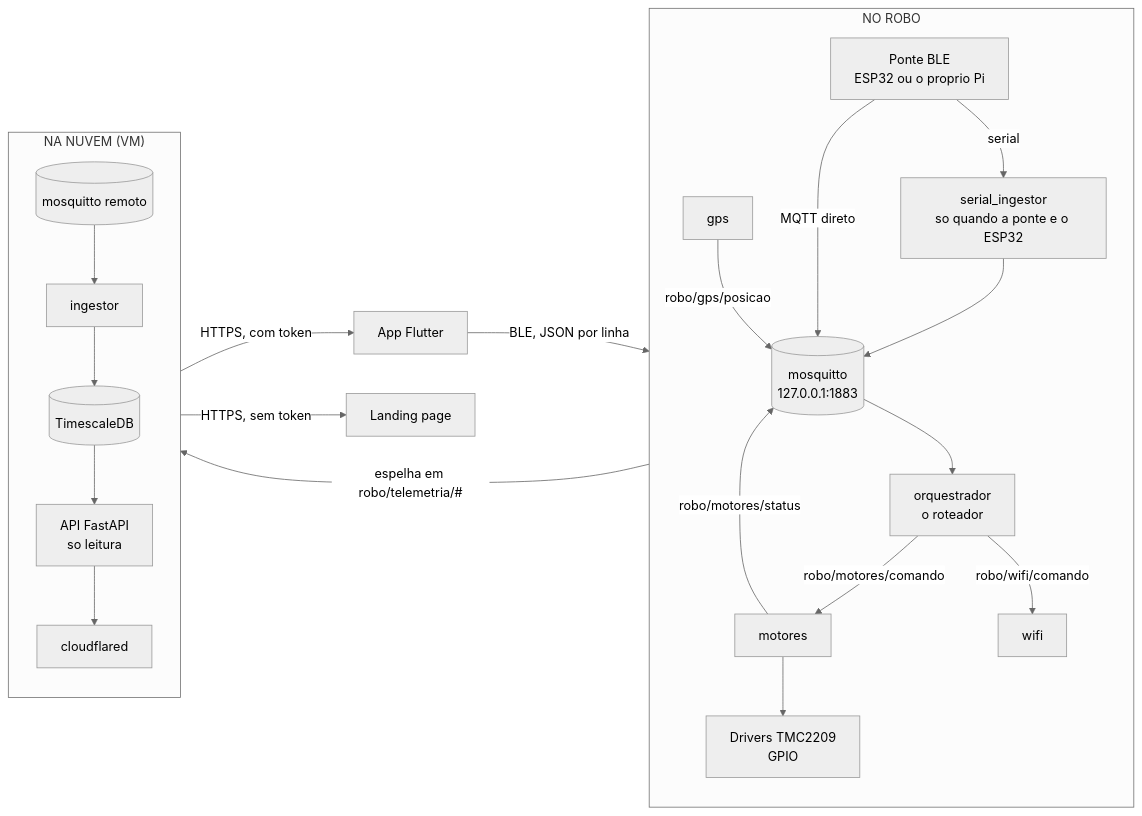
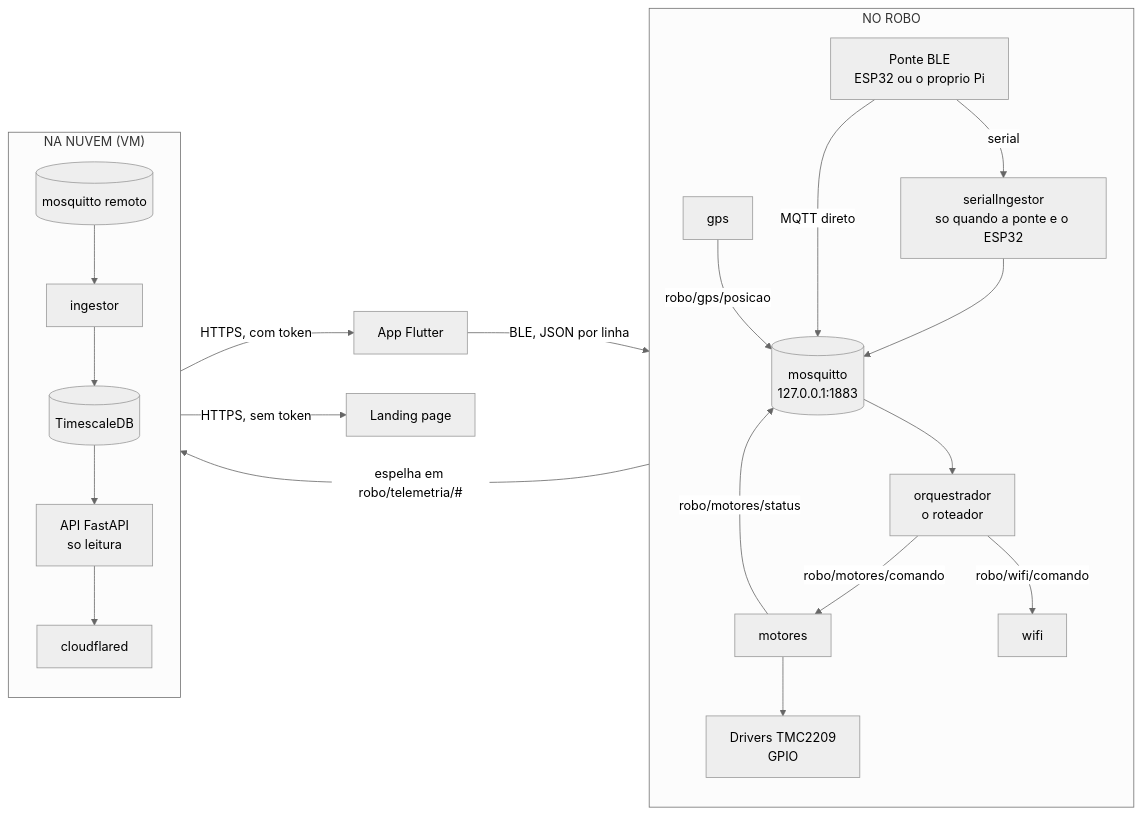
Before and after one commit to setrem-robot/orquestrador: the first of 4 diagrams in COMO-FUNCIONA.md, drawn with Mermaid (neutral theme). The commit also changed other lines of this file and 29 other files, not shown here.

````diff
--- a/COMO-FUNCIONA.md
+++ b/COMO-FUNCIONA.md
@@ -35,43 +35,43 @@
 ```mermaid
 flowchart LR
     APP["App Flutter"]
 
     subgraph ROBO["NO ROBO"]
         direction TB
         PONTE["Ponte BLE<br/>ESP32 ou o proprio Pi"]
-        ING["serial_ingestor<br/>so quando a ponte e o ESP32"]
+        ING["serialIngestor<br/>so quando a ponte e o ESP32"]
         BROKER[("mosquitto<br/>127.0.0.1:1883")]
         ORQ["orquestrador<br/>o roteador"]
         MOT["motores"]
         GPS["gps"]
         WIFI["wifi"]
         HW["Drivers TMC2209<br/>GPIO"]
     end
 
     subgraph NUVEM["NA NUVEM (VM)"]
         direction TB
         BRK2[("mosquitto remoto")]
         INGC["ingestor"]
         DB[("TimescaleDB")]
         API["API FastAPI<br/>so leitura"]
         TUNEL["cloudflared"]
     end
 
     SITE["Landing page"]
 
     APP -- "BLE, JSON por linha" --> PONTE
     PONTE -- "serial" --> ING
     ING --> BROKER
     PONTE -- "MQTT direto" --> BROKER
     BROKER --> ORQ
     ORQ -- "robo/motores/comando" --> MOT
     ORQ -- "robo/wifi/comando" --> WIFI
     MOT --> HW
     GPS -- "robo/gps/posicao" --> BROKER
     MOT -- "robo/motores/status" --> BROKER
     ORQ -- "espelha em robo/telemetria/#" --> BRK2
     BRK2 --> INGC --> DB
     DB --> API --> TUNEL
     TUNEL -- "HTTPS, com token" --> APP
     TUNEL -- "HTTPS, sem token" --> SITE
 ```
````
